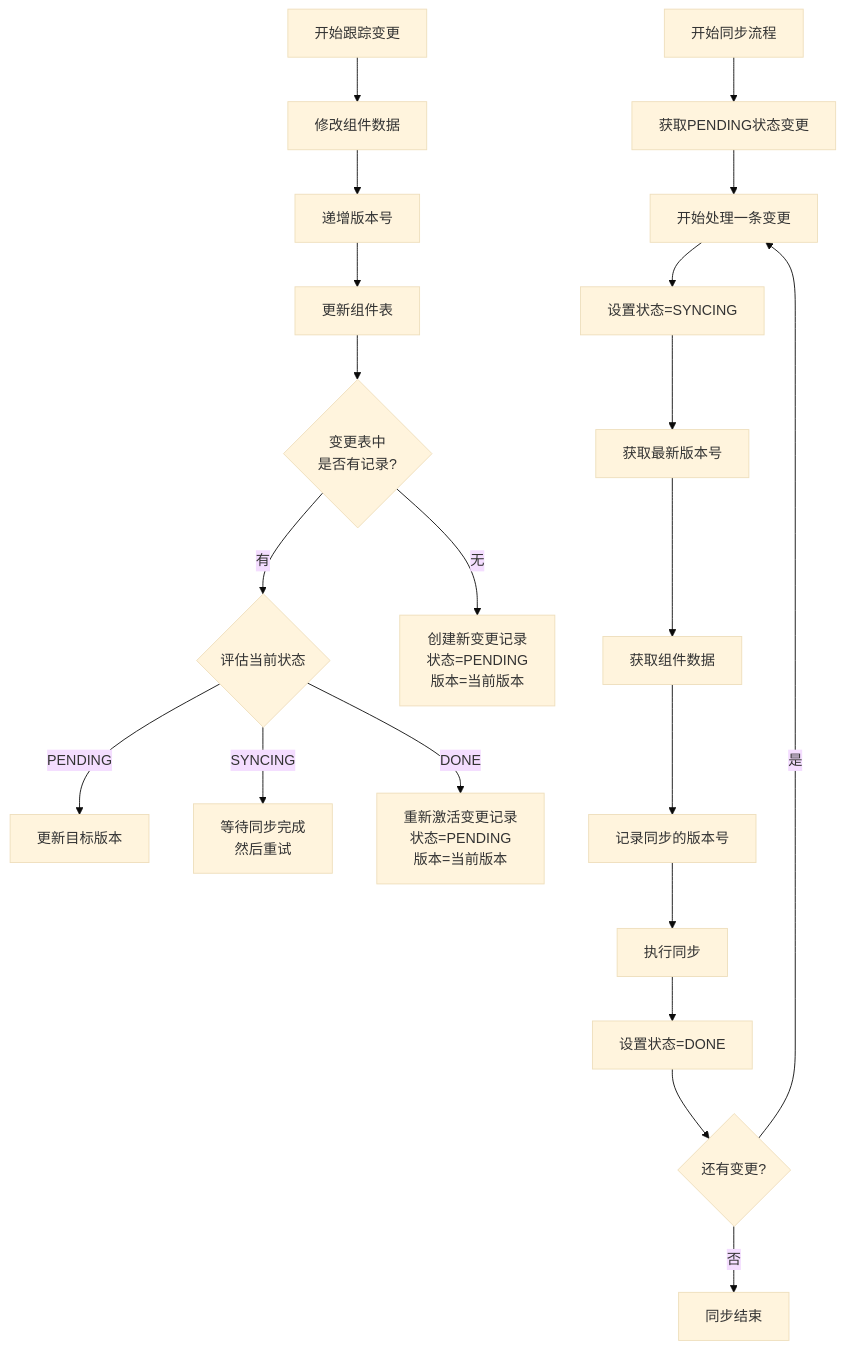
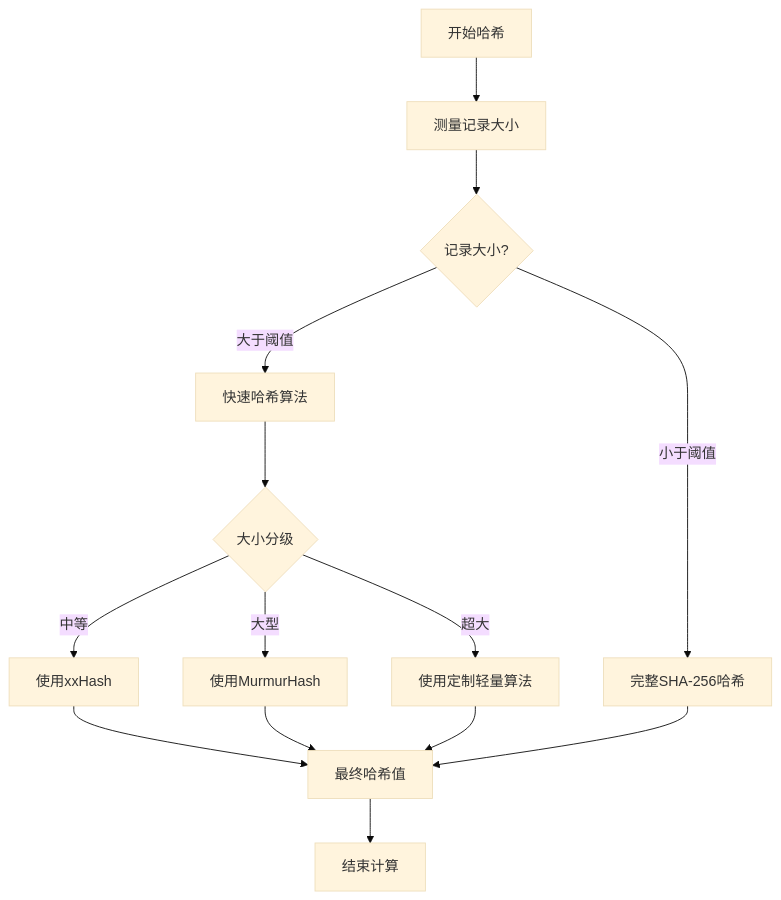
Before and after one commit to yingjianzh/iodraw-files: the diagram in all/未命名-42.md, drawn with Mermaid (base theme).

Commit message:
2025-04-24 14:30:40 update

````diff
--- a/all/未命名-42.md
+++ b/all/未命名-42.md
@@ -1,29 +1,21 @@
 ```mermaid
+
 flowchart TD
-    Start[开始跟踪变更] --> ChangeComponent[修改组件数据]
-    ChangeComponent --> IncVersion[递增版本号]
-    IncVersion --> UpdateComponent[更新组件表]
+    Start[开始哈希] --> MeasureSize[测量记录大小]
+    MeasureSize --> SizeCheck{记录大小?}
+    SizeCheck -- 小于阈值 --> FullHash[完整SHA-256哈希]
+    SizeCheck -- 大于阈值 --> FastHash[快速哈希算法]
     
-    UpdateComponent --> CheckChangeTable{变更表中<br/>是否有记录?}
-    CheckChangeTable -- 有 --> EvaluateState{评估当前状态}
-    CheckChangeTable -- 无 --> CreateNewRecord[创建新变更记录<br/>状态=PENDING<br/>版本=当前版本]
+    FastHash --> SizeThresholds{大小分级}
+    SizeThresholds -- 中等 --> xxHash[使用xxHash]
+    SizeThresholds -- 大型 --> MurmurHash[使用MurmurHash]
+    SizeThresholds -- 超大 --> CustomHash[使用定制轻量算法]
     
-    EvaluateState -- PENDING --> UpdateVersion[更新目标版本]
-    EvaluateState -- SYNCING --> WaitAndRetry[等待同步完成<br/>然后重试]
-    EvaluateState -- DONE --> ReactivateChange[重新激活变更记录<br/>状态=PENDING<br/>版本=当前版本]
+    xxHash --> FinalHash[最终哈希值]
+    MurmurHash --> FinalHash
+    CustomHash --> FinalHash
+    FullHash --> FinalHash
     
-    SyncProcess[开始同步流程] --> FetchPending[获取PENDING状态变更]
-    FetchPending --> BeginSync[开始处理一条变更]
-    
-    BeginSync --> SetSyncing[设置状态=SYNCING]
-    SetSyncing --> GetLatestVersion[获取最新版本号]
-    GetLatestVersion --> FetchData[获取组件数据]
-    
-    FetchData --> RecordSyncVersion[记录同步的版本号]
-    RecordSyncVersion --> PerformSync[执行同步]
-    PerformSync --> SetDone[设置状态=DONE]
-    
-    SetDone --> NextChange{还有变更?}
-    NextChange -- 是 --> BeginSync
-    NextChange -- 否 --> EndSync[同步结束]
+    FinalHash --> End[结束计算]
+
 ```
````
